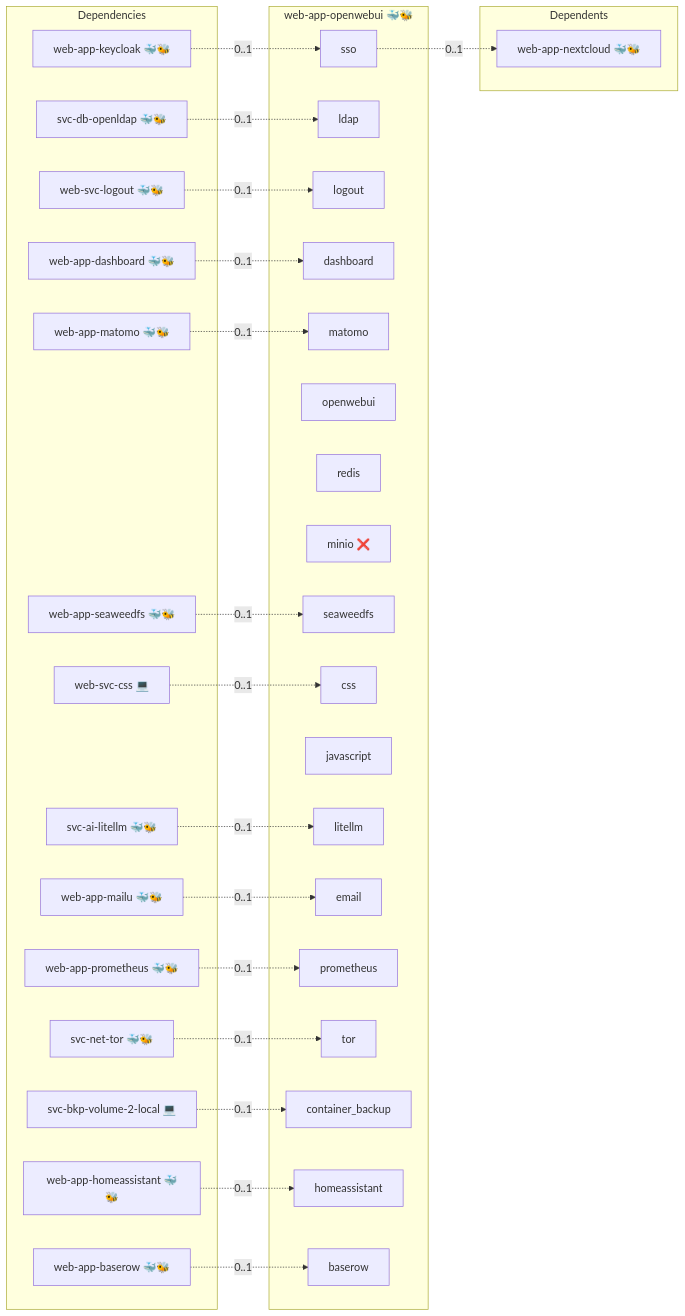
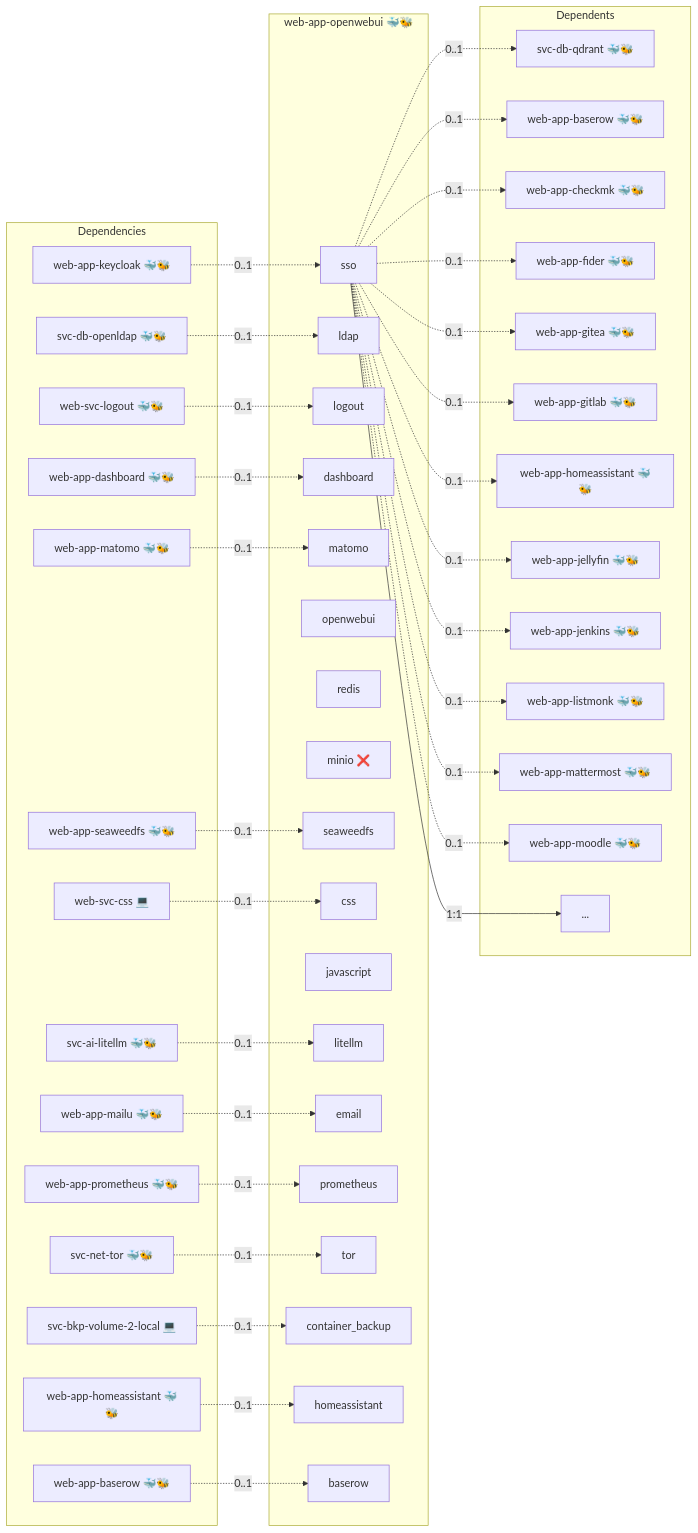
One commit to infinito-nexus/core changed the diagram in roles/web-app-openwebui/README.md. Above: the diagram before and after it, drawn with Mermaid. The commit also changed 101 other files, not shown here.

````diff
--- a/roles/web-app-openwebui/README.md
+++ b/roles/web-app-openwebui/README.md
@@ -15,57 +15,81 @@
 ```mermaid
 flowchart LR
     subgraph deps [Dependencies]
         dep_svc_ai_litellm["svc-ai-litellm 🐳🐝"]
         dep_svc_bkp_volume_2_local["svc-bkp-volume-2-local 💻"]
         dep_svc_db_openldap["svc-db-openldap 🐳🐝"]
         dep_svc_net_tor["svc-net-tor 🐳🐝"]
         dep_web_app_baserow["web-app-baserow 🐳🐝"]
         dep_web_app_dashboard["web-app-dashboard 🐳🐝"]
         dep_web_app_homeassistant["web-app-homeassistant 🐳🐝"]
         dep_web_app_keycloak["web-app-keycloak 🐳🐝"]
         dep_web_app_mailu["web-app-mailu 🐳🐝"]
         dep_web_app_matomo["web-app-matomo 🐳🐝"]
         dep_web_app_prometheus["web-app-prometheus 🐳🐝"]
         dep_web_app_seaweedfs["web-app-seaweedfs 🐳🐝"]
         dep_web_svc_css["web-svc-css 💻"]
         dep_web_svc_logout["web-svc-logout 🐳🐝"]
     end
     subgraph role [web-app-openwebui 🐳🐝]
         svc_sso["sso"]
         svc_ldap["ldap"]
         svc_logout["logout"]
         svc_dashboard["dashboard"]
         svc_matomo["matomo"]
         svc_openwebui["openwebui"]
         svc_redis["redis"]
         svc_minio["minio ❌"]
         svc_seaweedfs["seaweedfs"]
         svc_css["css"]
         svc_javascript["javascript"]
         svc_litellm["litellm"]
         svc_email["email"]
         svc_prometheus["prometheus"]
         svc_tor["tor"]
         svc_container_backup["container_backup"]
         svc_homeassistant["homeassistant"]
         svc_baserow["baserow"]
     end
     subgraph dependents [Dependents]
-        dpt_web_app_nextcloud["web-app-nextcloud 🐳🐝"]
+        dpt_svc_db_qdrant["svc-db-qdrant 🐳🐝"]
+        dpt_web_app_baserow["web-app-baserow 🐳🐝"]
+        dpt_web_app_checkmk["web-app-checkmk 🐳🐝"]
+        dpt_web_app_fider["web-app-fider 🐳🐝"]
+        dpt_web_app_gitea["web-app-gitea 🐳🐝"]
+        dpt_web_app_gitlab["web-app-gitlab 🐳🐝"]
+        dpt_web_app_homeassistant["web-app-homeassistant 🐳🐝"]
+        dpt_web_app_jellyfin["web-app-jellyfin 🐳🐝"]
+        dpt_web_app_jenkins["web-app-jenkins 🐳🐝"]
+        dpt_web_app_listmonk["web-app-listmonk 🐳🐝"]
+        dpt_web_app_mattermost["web-app-mattermost 🐳🐝"]
+        dpt_web_app_moodle["web-app-moodle 🐳🐝"]
+        dpt_more["..."]
     end
     dep_svc_ai_litellm -. "0..1" .-> svc_litellm
     dep_svc_bkp_volume_2_local -. "0..1" .-> svc_container_backup
     dep_svc_db_openldap -. "0..1" .-> svc_ldap
     dep_svc_net_tor -. "0..1" .-> svc_tor
     dep_web_app_baserow -. "0..1" .-> svc_baserow
     dep_web_app_dashboard -. "0..1" .-> svc_dashboard
     dep_web_app_homeassistant -. "0..1" .-> svc_homeassistant
     dep_web_app_keycloak -. "0..1" .-> svc_sso
     dep_web_app_mailu -. "0..1" .-> svc_email
     dep_web_app_matomo -. "0..1" .-> svc_matomo
     dep_web_app_prometheus -. "0..1" .-> svc_prometheus
     dep_web_app_seaweedfs -. "0..1" .-> svc_seaweedfs
     dep_web_svc_css -. "0..1" .-> svc_css
     dep_web_svc_logout -. "0..1" .-> svc_logout
-    svc_sso -. "0..1" .-> dpt_web_app_nextcloud
+    svc_sso -- "1:1" --> dpt_more
+    svc_sso -. "0..1" .-> dpt_svc_db_qdrant
+    svc_sso -. "0..1" .-> dpt_web_app_baserow
+    svc_sso -. "0..1" .-> dpt_web_app_checkmk
+    svc_sso -. "0..1" .-> dpt_web_app_fider
+    svc_sso -. "0..1" .-> dpt_web_app_gitea
+    svc_sso -. "0..1" .-> dpt_web_app_gitlab
+    svc_sso -. "0..1" .-> dpt_web_app_homeassistant
+    svc_sso -. "0..1" .-> dpt_web_app_jellyfin
+    svc_sso -. "0..1" .-> dpt_web_app_jenkins
+    svc_sso -. "0..1" .-> dpt_web_app_listmonk
+    svc_sso -. "0..1" .-> dpt_web_app_mattermost
+    svc_sso -. "0..1" .-> dpt_web_app_moodle
 ```
````
